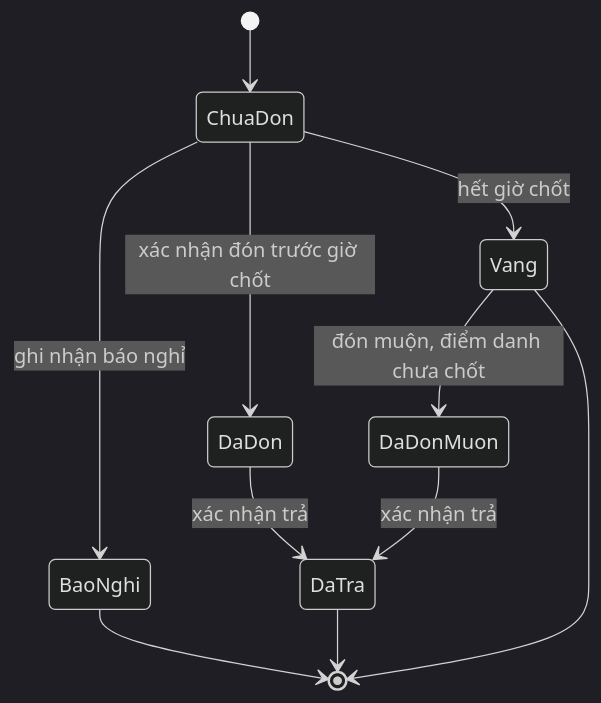
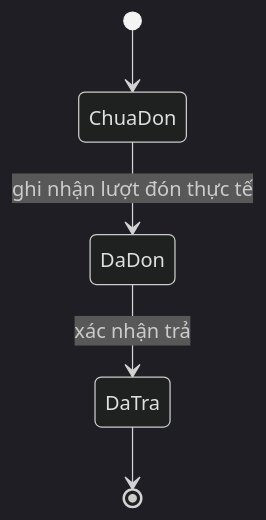
Before and after one commit to CAMEL1204/Kindergarten-Management-System: the second of 2 diagrams in docs/survey/08-child-drop-off-and-pick-up.md, drawn with Mermaid (dark theme). The commit also changed other lines of this file and 13 other files, not shown here.

````diff
--- a/docs/survey/08-child-drop-off-and-pick-up.md
+++ b/docs/survey/08-child-drop-off-and-pick-up.md
@@ -112,13 +119,7 @@
 ```mermaid
 stateDiagram-v2
     [*] --> ChuaDon
-    ChuaDon --> BaoNghi: ghi nhận báo nghỉ
-    ChuaDon --> DaDon: xác nhận đón trước giờ chốt
-    ChuaDon --> Vang: hết giờ chốt
-    Vang --> DaDonMuon: đón muộn, điểm danh chưa chốt
+    ChuaDon --> DaDon: ghi nhận lượt đón thực tế
     DaDon --> DaTra: xác nhận trả
-    DaDonMuon --> DaTra: xác nhận trả
-    BaoNghi --> [*]
-    Vang --> [*]
     DaTra --> [*]
 ```
````
